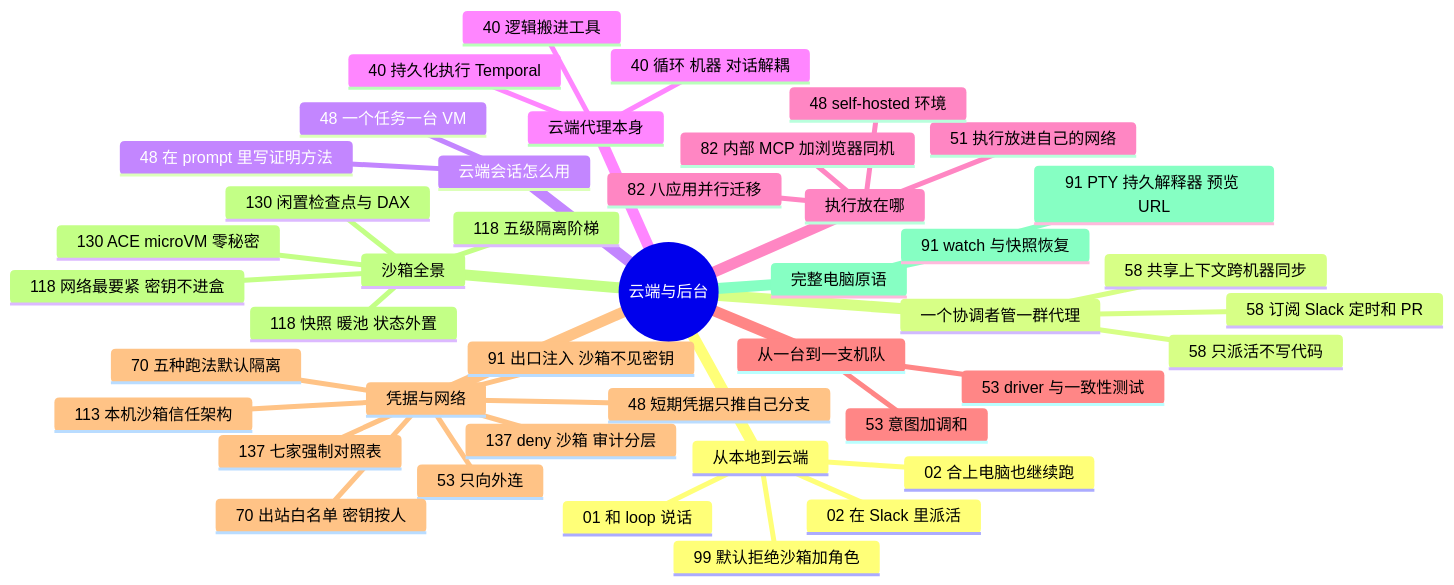
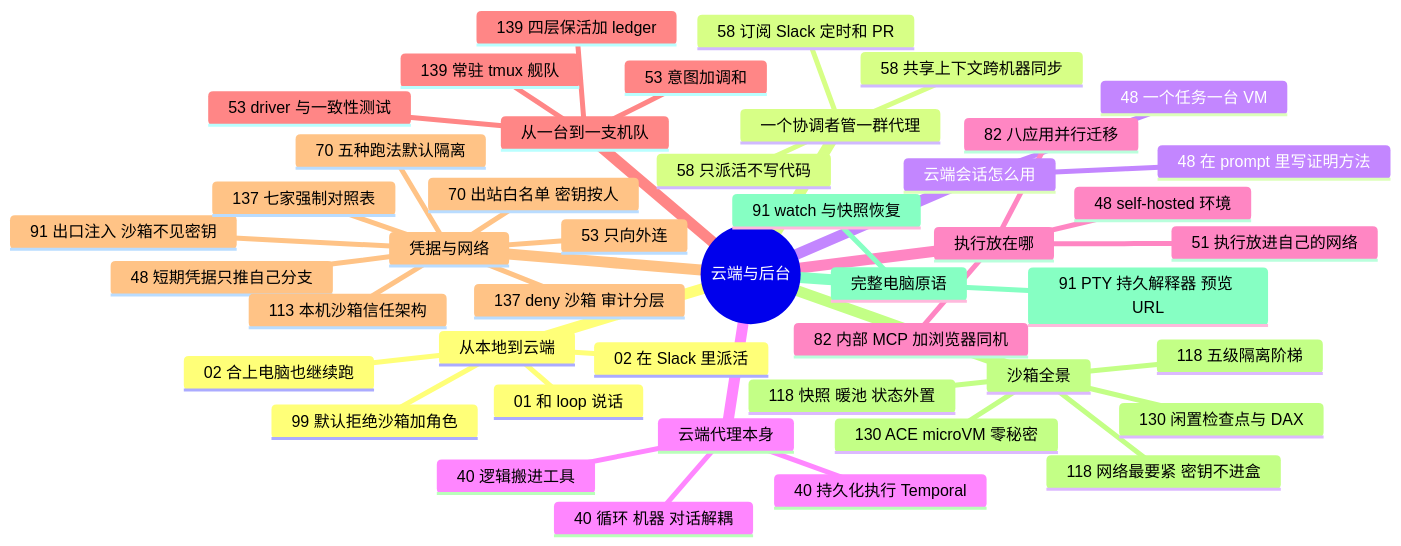
Before and after one commit to yzw7489757/ai-coding-videos: the diagram in docs/guide/cloud.md, drawn with Mermaid. The commit also changed other lines of this file and 16 other files, not shown here.

````diff
--- a/docs/guide/cloud.md
+++ b/docs/guide/cloud.md
@@ -13,46 +13,48 @@
 ```mermaid
 mindmap
   root((云端与后台))
     从本地到云端
       99 默认拒绝沙箱加角色
       01 和 loop 说话
       02 合上电脑也继续跑
       02 在 Slack 里派活
     一个协调者管一群代理
       58 只派活不写代码
       58 共享上下文跨机器同步
       58 订阅 Slack 定时和 PR
     云端会话怎么用
       48 一个任务一台 VM
       48 在 prompt 里写证明方法
     云端代理本身
       40 持久化执行 Temporal
       40 循环 机器 对话解耦
       40 逻辑搬进工具
     执行放在哪
       51 执行放进自己的网络
       48 self-hosted 环境
       82 内部 MCP 加浏览器同机
       82 八应用并行迁移
     从一台到一支机队
+      139 常驻 tmux 舰队
+      139 四层保活加 ledger
       53 意图加调和
       53 driver 与一致性测试
     凭据与网络
       48 短期凭据只推自己分支
       53 只向外连
       70 出站白名单 密钥按人
       70 五种跑法默认隔离
       91 出口注入 沙箱不见密钥
       113 本机沙箱信任架构
       137 七家强制对照表
       137 deny 沙箱 审计分层
     沙箱全景
       130 ACE microVM 零秘密
       130 闲置检查点与 DAX
       118 五级隔离阶梯
       118 快照 暖池 状态外置
       118 网络最要紧 密钥不进盒
     完整电脑原语
       91 PTY 持久解释器 预览 URL
       91 watch 与快照恢复
 ```
````
